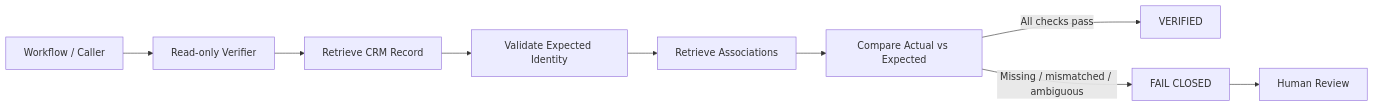
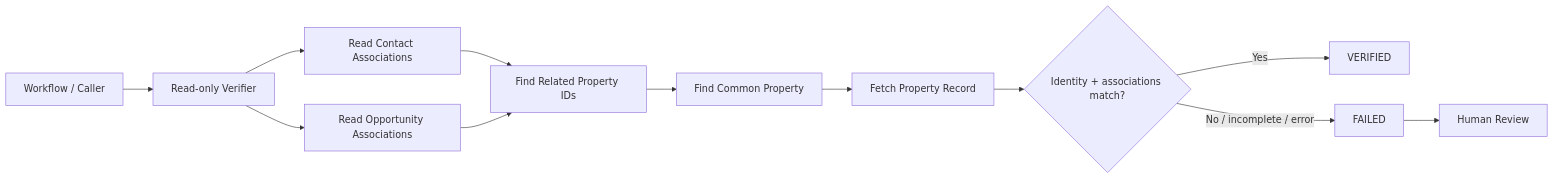
Before and after one commit to JoelGPascal/crm-association-verifier: the diagram in README.md, drawn with Mermaid. The commit also changed other lines of this file and 6 other files, not shown here.

````diff
--- a/README.md
+++ b/README.md
@@ -37,11 +17,14 @@
 ```mermaid
 flowchart LR
     A[Workflow / Caller] --> B[Read-only Verifier]
-    B --> C[Retrieve CRM Record]
-    C --> D[Validate Expected Identity]
-    D --> E[Retrieve Associations]
-    E --> F[Compare Actual vs Expected]
-    F -->|All checks pass| G[VERIFIED]
-    F -->|Missing / mismatched / ambiguous| H[FAIL CLOSED]
-    H --> I[Human Review]
+    B --> C[Read Contact Associations]
+    B --> D[Read Opportunity Associations]
+    C --> E[Find Related Property IDs]
+    D --> E
+    E --> F[Find Common Property]
+    F --> G[Fetch Property Record]
+    G --> H{Identity + associations match?}
+    H -->|Yes| I[VERIFIED]
+    H -->|No / incomplete / error| J[FAILED]
+    J --> K[Human Review]
 ```
````
